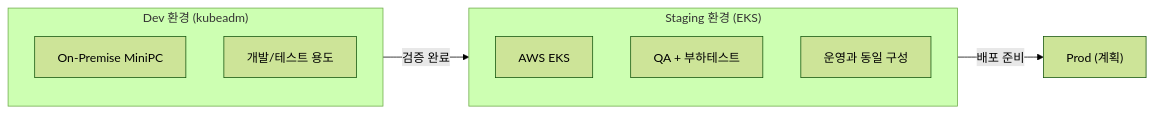
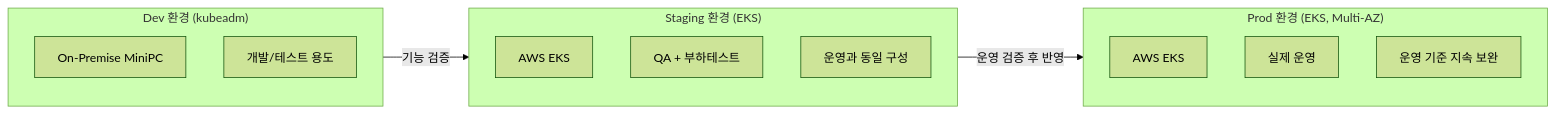
The diagram in docs/content/infrastructure/environment.md (goorm-gongbang/001-finalPR), drawn with Mermaid (forest theme) before and after one commit. The commit also changed other lines of this file and 3 other files, not shown here.

````diff
--- a/docs/content/infrastructure/environment.md
+++ b/docs/content/infrastructure/environment.md
@@ -15,16 +15,22 @@
 ```mermaid
 flowchart LR
     subgraph Dev["Dev 환경 (kubeadm)"]
         D1[On-Premise MiniPC]
         D2[개발/테스트 용도]
     end
 
     subgraph Staging["Staging 환경 (EKS)"]
         S1[AWS EKS]
         S2[QA + 부하테스트]
         S3[운영과 동일 구성]
     end
 
-    Dev -->|"검증 완료"| Staging
-    Staging -->|"배포 준비"| Prod["Prod (계획)"]
+    subgraph Prod["Prod 환경 (EKS, Multi-AZ)"]
+        P1[AWS EKS]
+        P2[실제 운영]
+        P3[운영 기준 지속 보완]
+    end
+
+    Dev -->|"기능 검증"| Staging
+    Staging -->|"운영 검증 후 반영"| Prod
 ```
````
